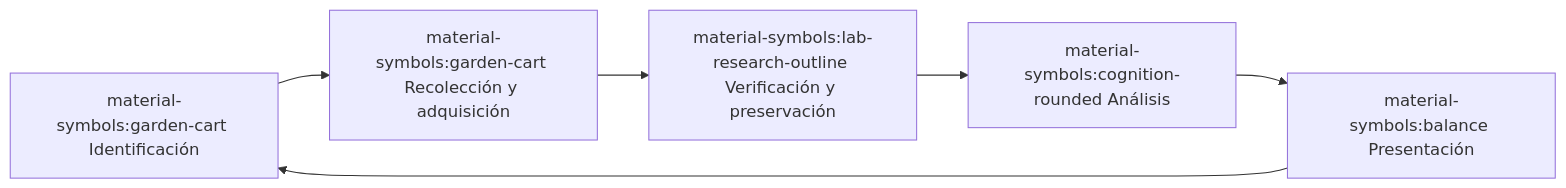
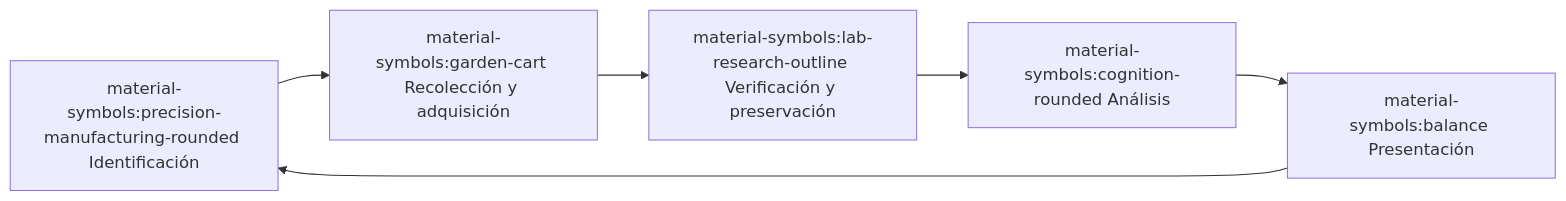
One commit to bedoyadaniel/forensics changed the diagram in docs/es/explainers/01-explainer-introduccion-forense-digital/01-explainer-introduccion-forense-digital.md. Above: the diagram before and after it, drawn with Mermaid.

Commit message:
Fix diagram symbol

````diff
--- a/docs/es/explainers/01-explainer-introduccion-forense-digital/01-explainer-introduccion-forense-digital.md
+++ b/docs/es/explainers/01-explainer-introduccion-forense-digital/01-explainer-introduccion-forense-digital.md
@@ -68,8 +68,8 @@
 ``` mermaid
 graph LR
-  A[material-symbols:garden-cart Identificación] --> B[material-symbols:garden-cart Recolección y adquisición];
+  A[material-symbols:precision-manufacturing-rounded Identificación] --> B[material-symbols:garden-cart Recolección y adquisición];
   B --> C[material-symbols:lab-research-outline Verificación y preservación];
   C --> D[material-symbols:cognition-rounded Análisis];
   D --> E[material-symbols:balance Presentación];
   E --> A;
 ```
````
